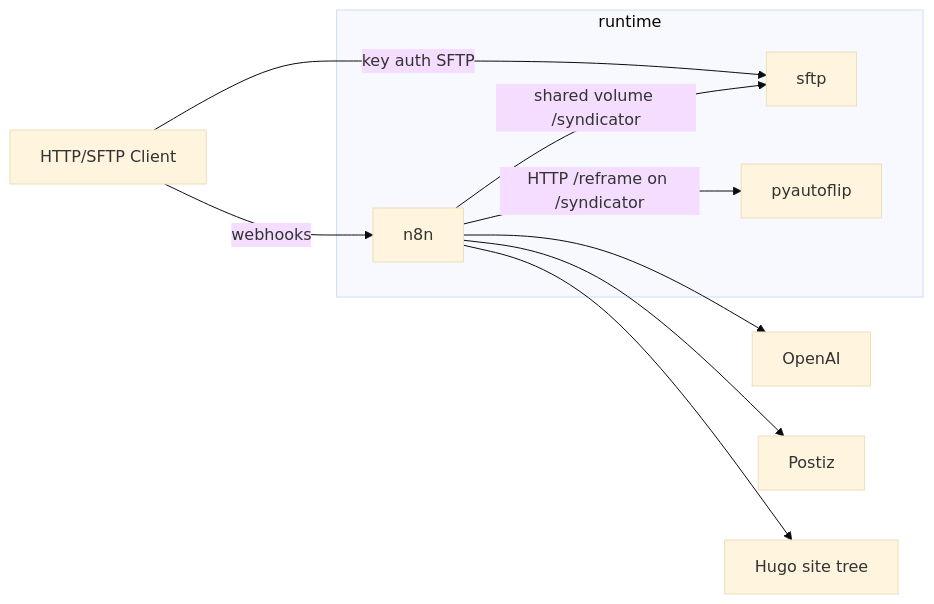
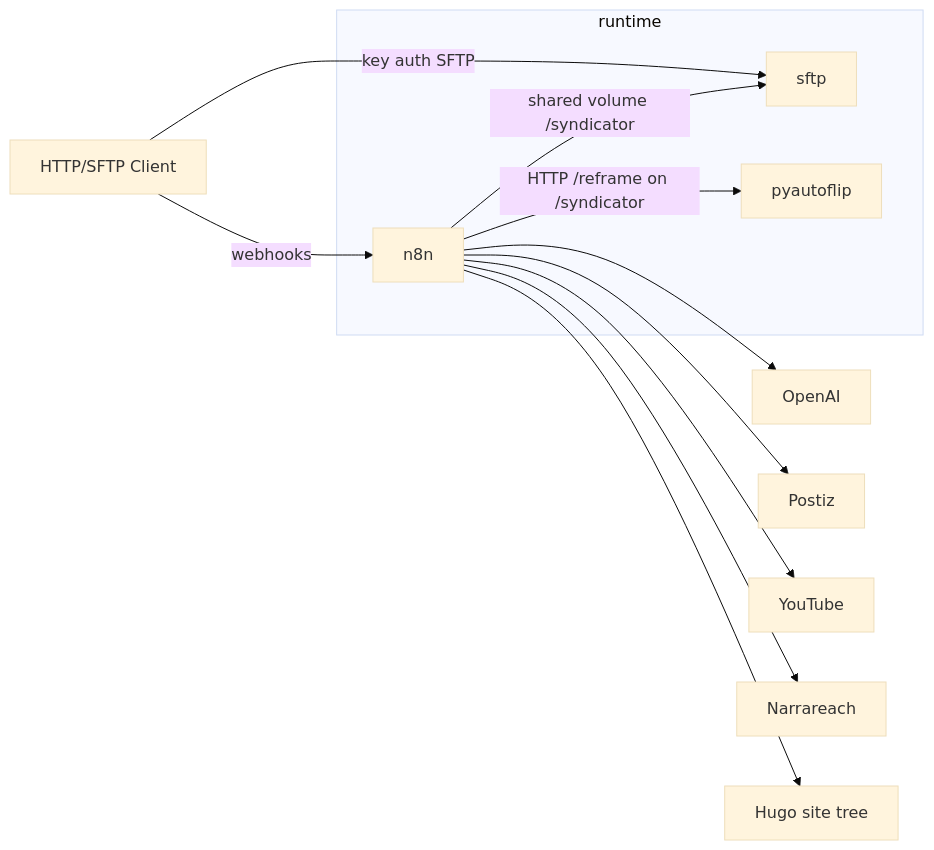
Before and after one commit to bbaumgartner/syndicator: the second of 2 diagrams in README.md, drawn with Mermaid (base theme). The commit also changed other lines of this file and 13 other files, not shown here.

````diff
--- a/README.md
+++ b/README.md
@@ -243,16 +248,18 @@
 ```mermaid
 flowchart LR
   Caller["HTTP/SFTP Client"]
   subgraph runtime ["runtime"]
     SFTP["sftp"]
     N8N["n8n"]
     PyAF["pyautoflip"]
   end
   Caller -->|key auth SFTP| SFTP
   Caller -->|webhooks| N8N
   N8N -->|shared volume /syndicator| SFTP
   N8N -->|HTTP /reframe on /syndicator| PyAF
   N8N --> OpenAI["OpenAI"]
   N8N --> Postiz["Postiz"]
+  N8N --> YouTube["YouTube"]
+  N8N --> Narrareach["Narrareach"]
   N8N --> Hugo["Hugo site tree"]
 ```
````
